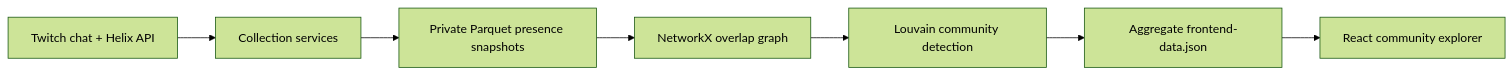
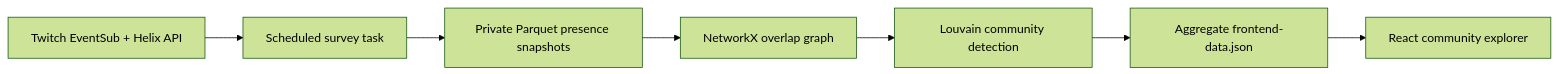
The diagram in README.md (Von-Van/vieweratlas), drawn with Mermaid (forest theme) before and after one commit. The commit also changed other lines of this file and 46 other files, not shown here.

````diff
--- a/README.md
+++ b/README.md
@@ -29,9 +30,9 @@
 ```mermaid
 flowchart LR
-    Twitch["Twitch chat + Helix API"] --> Collect["Collection services"]
+    Twitch["Twitch EventSub + Helix API"] --> Collect["Scheduled survey task"]
     Collect --> Private["Private Parquet presence snapshots"]
     Private --> Graph["NetworkX overlap graph"]
     Graph --> Louvain["Louvain community detection"]
     Louvain --> Export["Aggregate frontend-data.json"]
     Export --> UI["React community explorer"]
 ```
````
